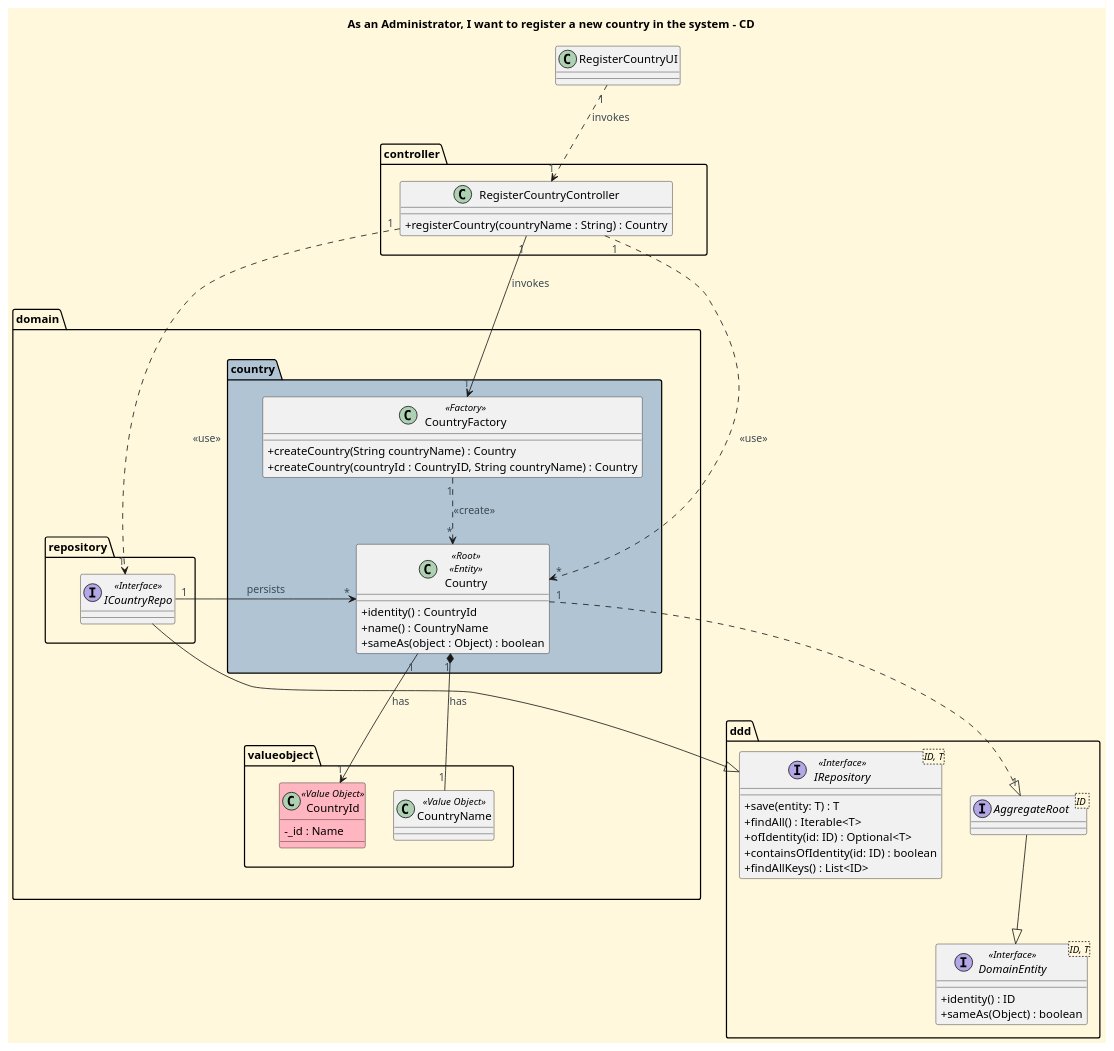
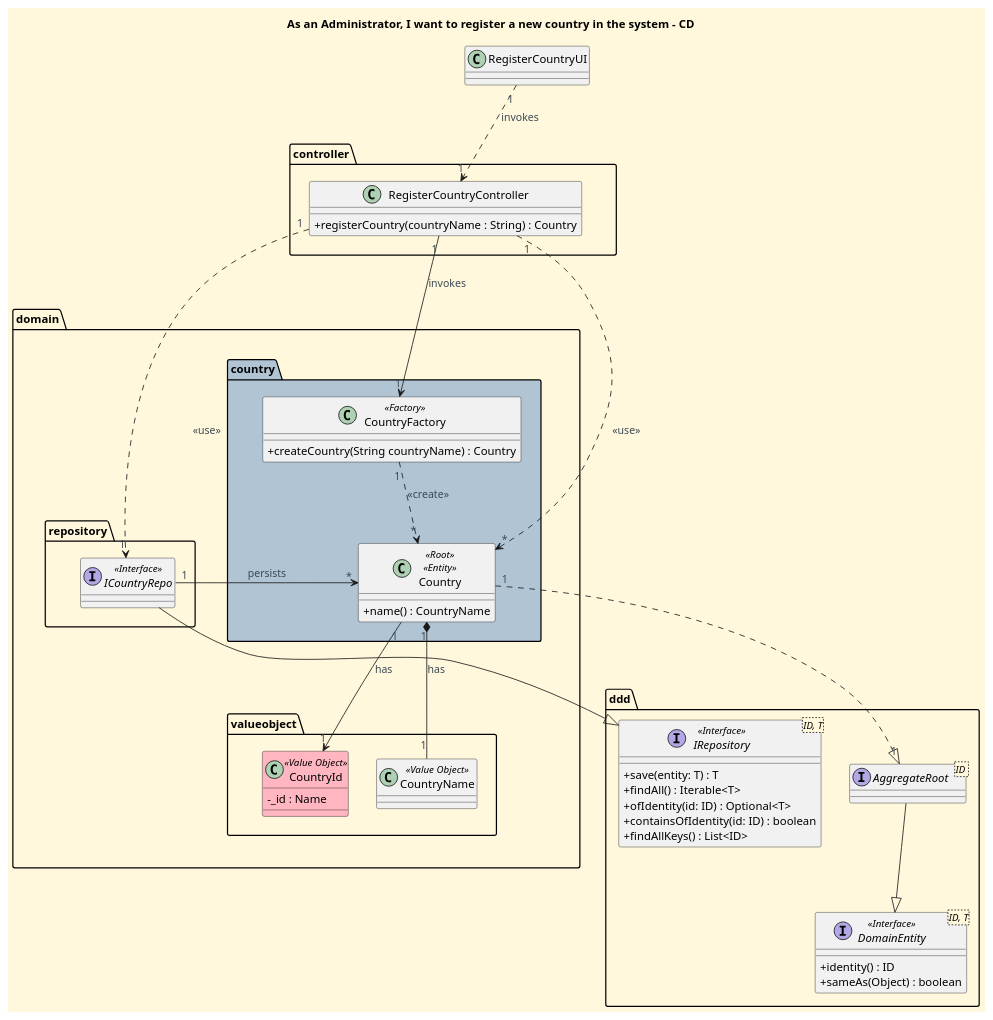
Before and after one commit to CarolinaLeite-collab/JavaMarketplacePlatform: the diagram in docs/functionalities/admin/register-country/Register_Country_CD.puml, drawn with PlantUML. The commit also changed 1 other file, not shown here.

Commit message:
fix: Alterations to Country diagrams according to @VivianSandlerISEP PR review, #889

```diff
--- a/docs/functionalities/admin/register-country/Register_Country_CD.puml
+++ b/docs/functionalities/admin/register-country/Register_Country_CD.puml
@@ -1,99 +1,99 @@
 @startuml
 title As an Administrator, I want to register a new country in the system - CD
 
 '==== basic style ====
 skinparam monochrome false
 skinparam shadowing false
 skinparam defaultFontName Futura
 skinparam objectFontSize 20
 skinparam backgroundColor CornSilk
 skinparam objectBackgroundColor WhiteSmoke
 skinparam noteBackgroundColor #FFFFE0
 skinparam ArrowFontColor #3B4953
 skinparam ActivationBackgroundColor black
 skinparam classAttributeIconSize 0
 
 ' Control the layout flow
 top to bottom direction
 
 class RegisterCountryUI {
 }
 
 package "controller" {
     class RegisterCountryController {
       + registerCountry(countryName : String) : Country
     }
 }
 
 package "domain" {
 
     package "country" #b0c4d4 {
         class Country <<Root>> <<Entity>> {
-          + identity() : CountryId
+
           + name() : CountryName
-          + sameAs(object : Object) : boolean
+
         }
 
         class CountryFactory <<Factory>> {
           +createCountry(String countryName) : Country
-          +createCountry(countryId : CountryID, String countryName) : Country
+
         }
     }
 
     package "valueobject" {
         class CountryId <<Value Object>> #lightpink {
             -_id : Name
         }
         class CountryName <<Value Object>> {
         }
     }
 
     package "repository" {
         interface ICountryRepo <<Interface>> {
         }
     }
 }
 
 Package "ddd" {
     interface "IRepository<ID, T>" as IRepository <<Interface>> {
         +save(entity: T) : T
         +findAll() : Iterable<T>
         +ofIdentity(id: ID) : Optional<T>
         +containsOfIdentity(id: ID) : boolean
         +findAllKeys() : List<ID>
     }
 
     interface AggregateRoot <ID >{
     }
 
     interface DomainEntity<ID, T> <<Interface>> {
         +identity() : ID
         +sameAs(Object) : boolean
     }
 }
 
 '==== Visual Layout Alignment ====
 RegisterCountryUI -[hidden]down- controller
 controller -[hidden]down- domain
 country -[hidden]right- valueobject
 valueobject -[hidden]right- repository
 
 '==== Connections ====
 RegisterCountryUI "1" .> "1" RegisterCountryController : invokes
 
 RegisterCountryController "1" ..> "1" ICountryRepo : <<use>>
 RegisterCountryController "1" --> "1" CountryFactory : invokes
 RegisterCountryController "1" ..> "*" Country : <<use>>
 
 CountryFactory "1" ..> "*" Country : <<create>>
 
 Country "1" --> "1" CountryId : has
 Country "1" *-- "1" CountryName : has
 
 ICountryRepo --|> IRepository
 ICountryRepo "1" -> "*" Country : persists
 
 Country "1" .|> "1" AggregateRoot
 AggregateRoot --|> DomainEntity
 
 @enduml
```
